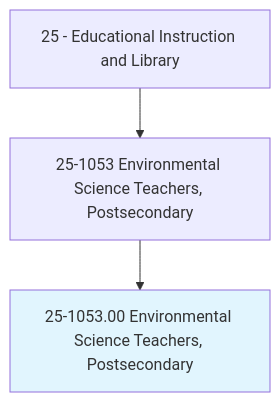
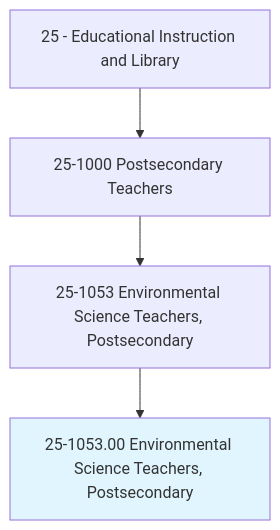
One commit to kziemski/business.org.ai changed the first of 4 diagrams in occupations/Education/EnvironmentalScienceTeachersPostsecondary.mdx. Above: the diagram before and after it, drawn with Mermaid. The commit also changed other lines of this file and 938 other files, not shown here.

````diff
--- a/occupations/Education/EnvironmentalScienceTeachersPostsecondary.mdx
+++ b/occupations/Education/EnvironmentalScienceTeachersPostsecondary.mdx
@@ -19,6 +23,7 @@
 ```mermaid
 graph TD
-    Cat25["25 - Educational Instruction and Library"] --> Group251053["25-1053 Environmental Science Teachers, Postsecondary"]
+    Cat25["25 - Educational Instruction and Library"] --> Group251["25-1000 Postsecondary Teachers"]
+    Group251 --> Group251053["25-1053 Environmental Science Teachers, Postsecondary"]
     Group251053 --> Current["25-1053.00 Environmental Science Teachers, Postsecondary"]
     style Current fill:#e1f5fe
 ```
````
